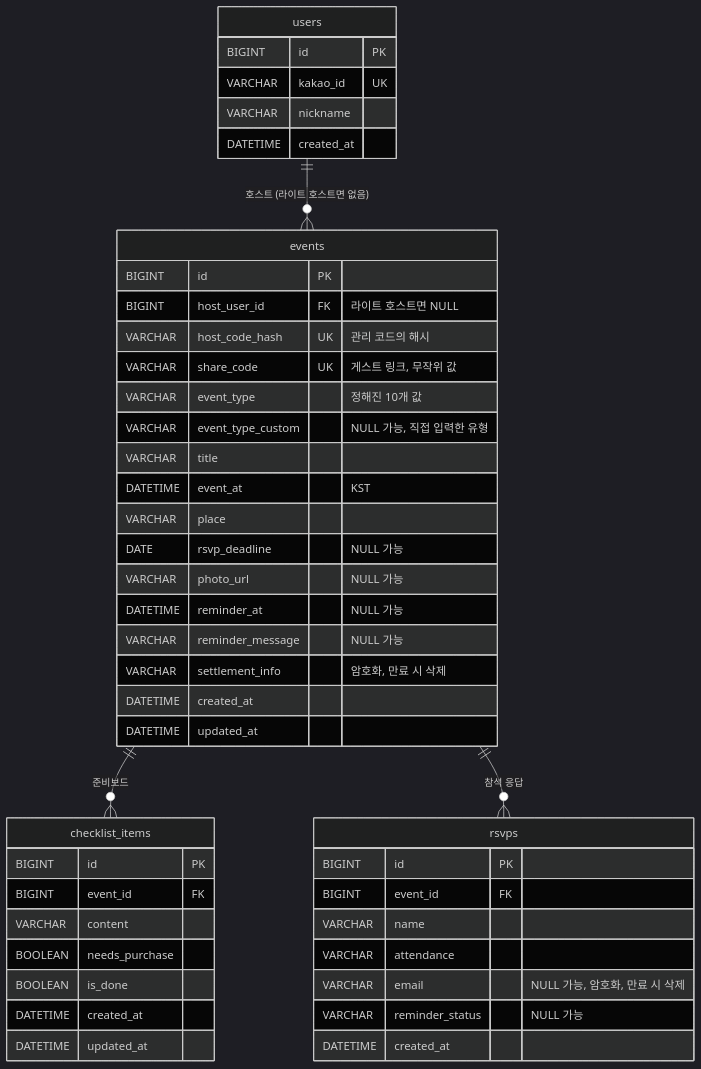
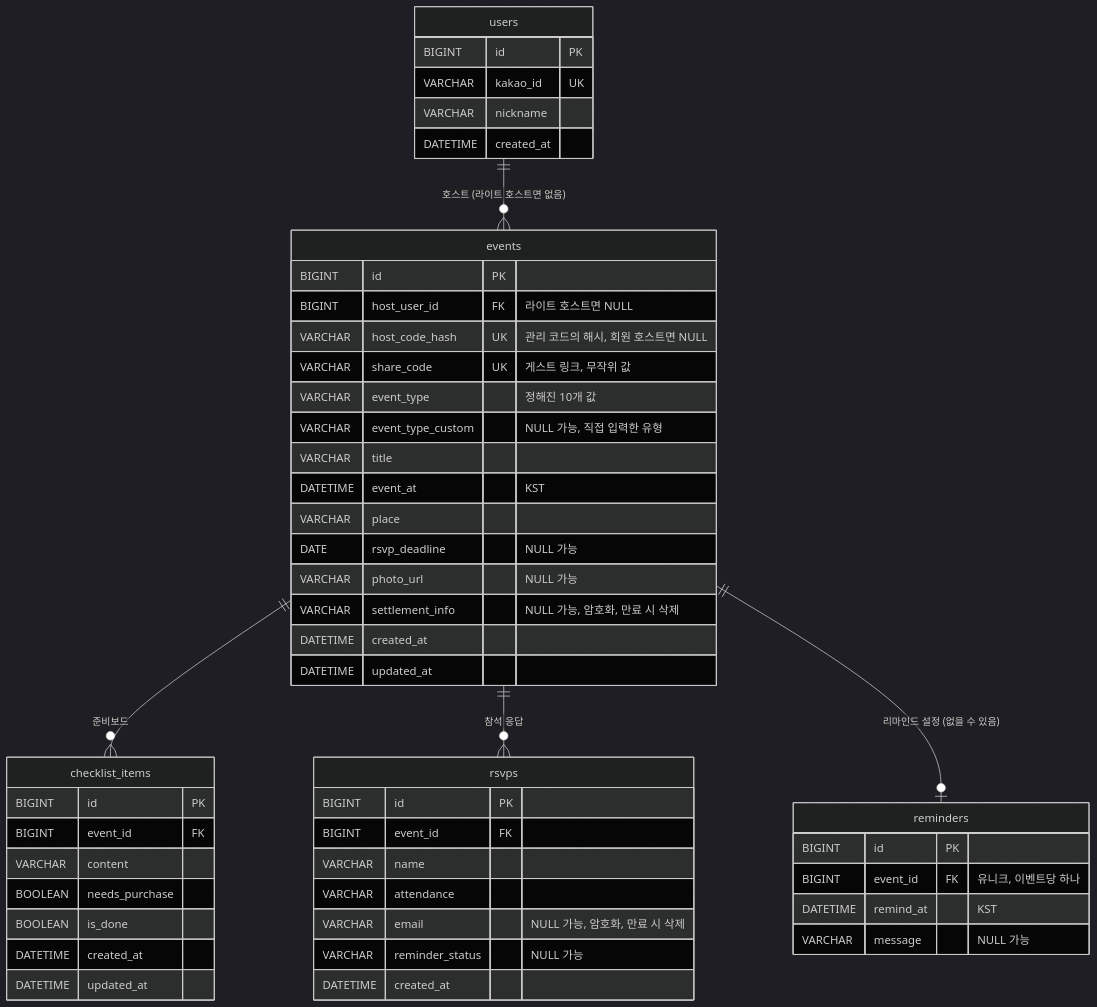
Before and after one commit to SWYP-16-WEB/SWYP-INVITE-BE: the diagram in docs/backend.md, drawn with Mermaid (dark theme). The commit also changed other lines of this file and 23 other files, not shown here.

````diff
--- a/docs/backend.md
+++ b/docs/backend.md
@@ -177,49 +182,54 @@
 ```mermaid
 erDiagram
     users ||--o{ events : "호스트 (라이트 호스트면 없음)"
     events ||--o{ checklist_items : "준비보드"
     events ||--o{ rsvps : "참석 응답"
+    events ||--o| reminders : "리마인드 설정 (없을 수 있음)"
 
     users {
         BIGINT id PK
         VARCHAR kakao_id UK
         VARCHAR nickname
         DATETIME created_at
     }
     events {
         BIGINT id PK
         BIGINT host_user_id FK "라이트 호스트면 NULL"
-        VARCHAR host_code_hash UK "관리 코드의 해시"
+        VARCHAR host_code_hash UK "관리 코드의 해시, 회원 호스트면 NULL"
         VARCHAR share_code UK "게스트 링크, 무작위 값"
         VARCHAR event_type "정해진 10개 값"
         VARCHAR event_type_custom "NULL 가능, 직접 입력한 유형"
         VARCHAR title
         DATETIME event_at "KST"
         VARCHAR place
         DATE rsvp_deadline "NULL 가능"
         VARCHAR photo_url "NULL 가능"
-        DATETIME reminder_at "NULL 가능"
-        VARCHAR reminder_message "NULL 가능"
-        VARCHAR settlement_info "암호화, 만료 시 삭제"
+        VARCHAR settlement_info "NULL 가능, 암호화, 만료 시 삭제"
         DATETIME created_at
         DATETIME updated_at
     }
     checklist_items {
         BIGINT id PK
         BIGINT event_id FK
         VARCHAR content
         BOOLEAN needs_purchase
         BOOLEAN is_done
         DATETIME created_at
         DATETIME updated_at
     }
     rsvps {
         BIGINT id PK
         BIGINT event_id FK
         VARCHAR name
         VARCHAR attendance
         VARCHAR email "NULL 가능, 암호화, 만료 시 삭제"
         VARCHAR reminder_status "NULL 가능"
         DATETIME created_at
     }
+    reminders {
+        BIGINT id PK
+        BIGINT event_id FK "유니크, 이벤트당 하나"
+        DATETIME remind_at "KST"
+        VARCHAR message "NULL 가능"
+    }
 ```
````
